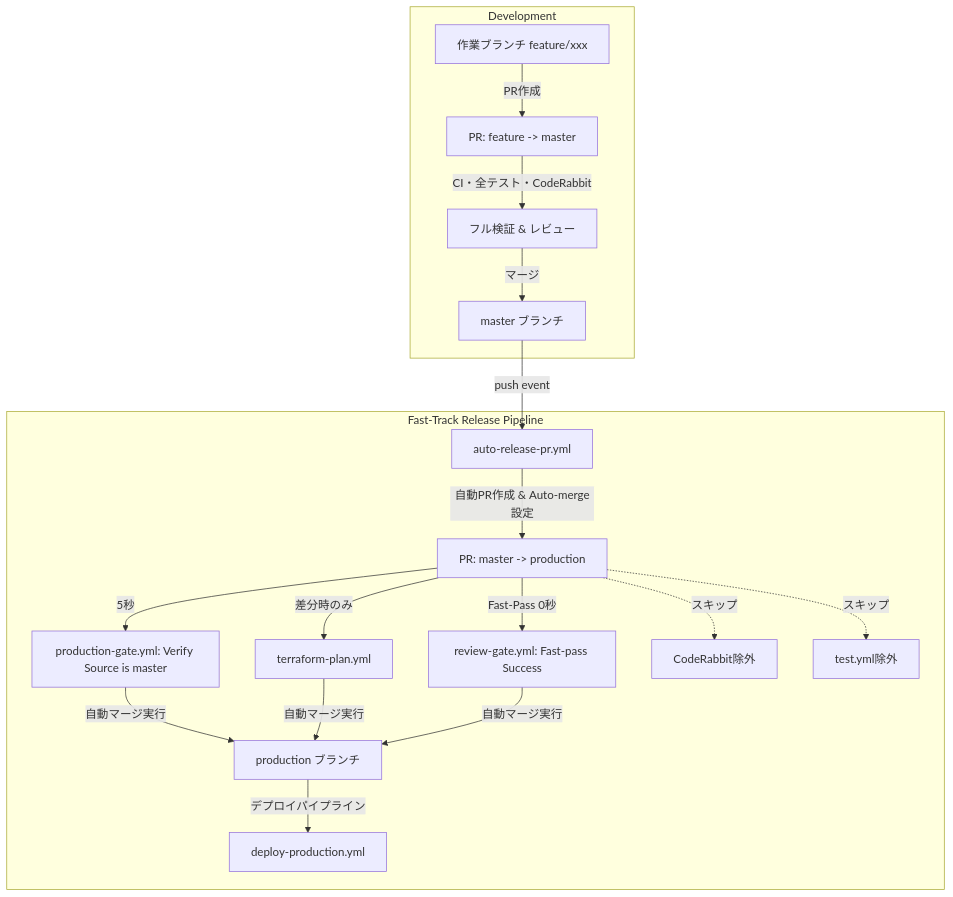
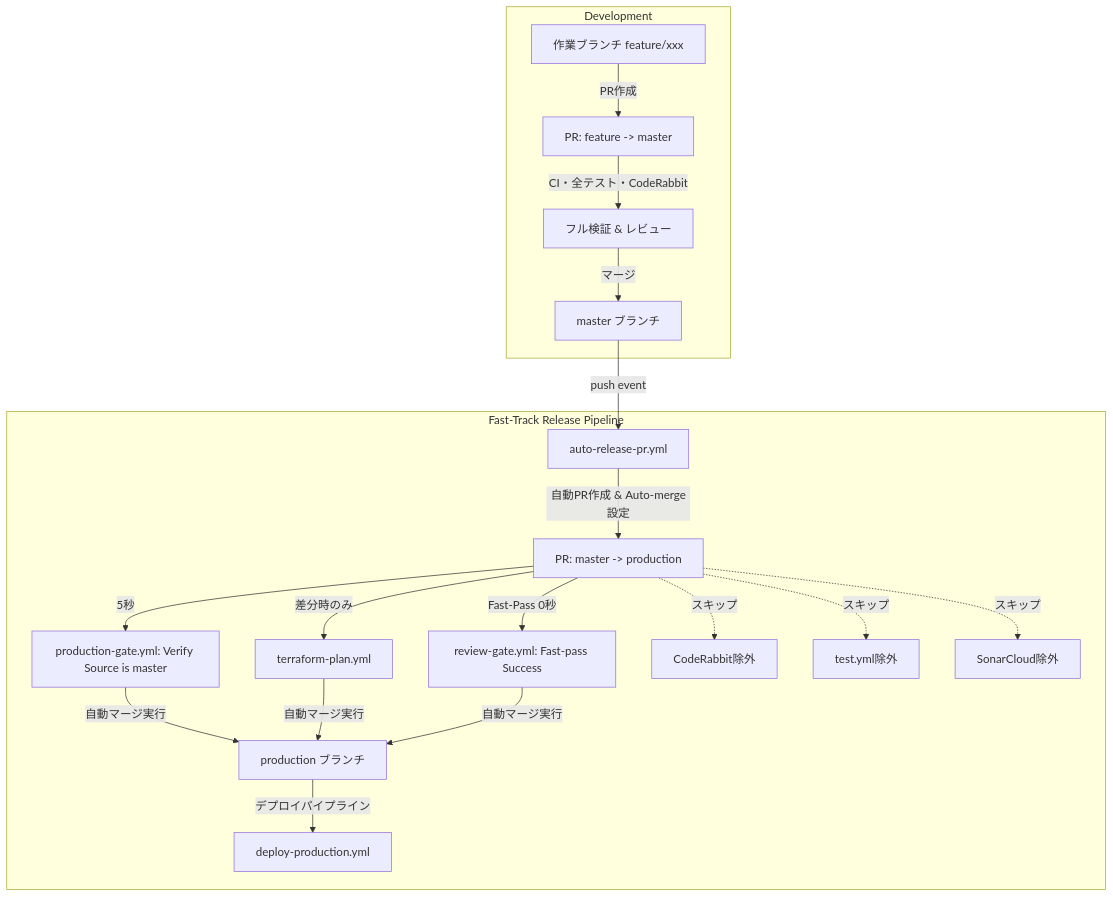
One commit to AnaharaYasuo/realestate_crawler changed the diagram in docs/basic_design/prod_merge_ci_speedup.md. Above: the diagram before and after it, drawn with Mermaid. The commit also changed other lines of this file and 3 other files, not shown here.

````diff
--- a/docs/basic_design/prod_merge_ci_speedup.md
+++ b/docs/basic_design/prod_merge_ci_speedup.md
@@ -9,20 +9,21 @@
 ```mermaid
 flowchart TD
     subgraph Development
         FeatureBranch[作業ブランチ feature/xxx] -->|PR作成| MasterPR[PR: feature -> master]
         MasterPR -->|CI・全テスト・CodeRabbit| MasterReview[フル検証 & レビュー]
         MasterReview -->|マージ| Master[master ブランチ]
     end
 
     subgraph Fast-Track Release Pipeline
         Master -->|push event| AutoRelease[auto-release-pr.yml]
         AutoRelease -->|自動PR作成 & Auto-merge設定| ProdPR[PR: master -> production]
         ProdPR -->|5秒| ProdGate[production-gate.yml: Verify Source is master]
         ProdPR -->|差分時のみ| TFPlan[terraform-plan.yml]
         ProdPR -->|Fast-Pass 0秒| ReviewGate[review-gate.yml: Fast-pass Success]
         ProdPR -.->|スキップ| NoCodeRabbit[CodeRabbit除外]
         ProdPR -.->|スキップ| NoDuplicateTests[test.yml除外]
+        ProdPR -.->|スキップ| NoSonar[SonarCloud除外]
         ProdGate & TFPlan & ReviewGate -->|自動マージ実行| ProdBranch[production ブランチ]
         ProdBranch -->|デプロイパイプライン| DeployProd[deploy-production.yml]
     end
 ```
````
